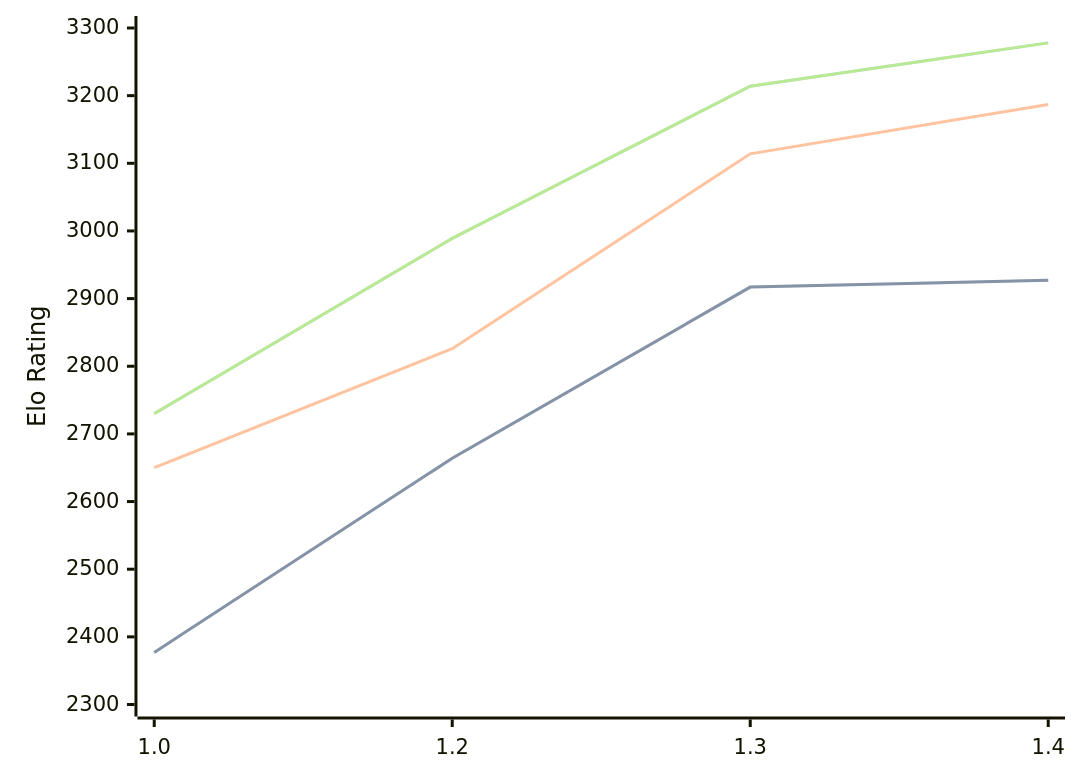
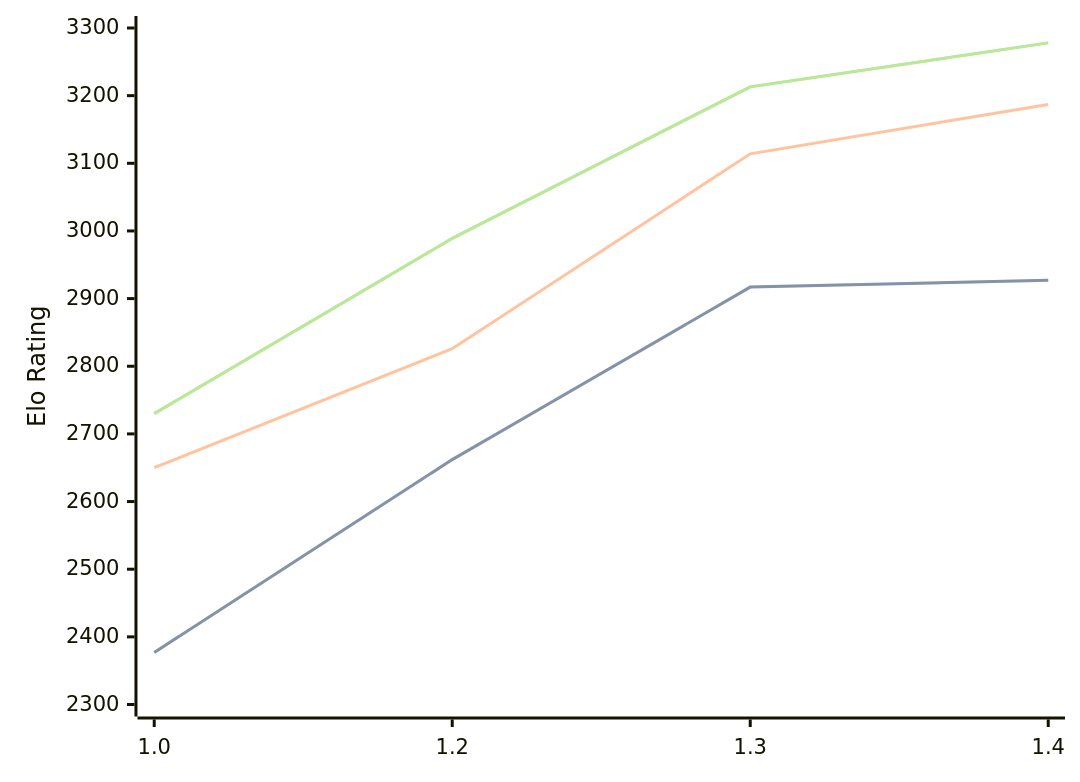
Before and after one commit to computer-chess-index/cci: the diagram in engines/Chessnix.md, drawn with Mermaid. The commit also changed other lines of this file, not shown here.

Commit message:
Update CCI Ratings (ELO VLTC) - 2026-05-07

````diff
--- a/engines/Chessnix.md
+++ b/engines/Chessnix.md
@@ -36,11 +36,11 @@
 ```mermaid
 %%{init: {"theme":"base","themeVariables":{"seriesColors:['#a3a3a3','#222221','#faa371']}}}%%
 xychart-beta
   x-axis ["1.0", "1.2", "1.3", "1.4"]
   y-axis "Elo Rating" 2300 --> 3300
-  line "STC (8.0+0.08s)" [2377, 2664, 2917, 2927]
-  line "STC (8.0+0.08s)" [2377, 2664, 2917, 2927]
+  line "STC (8.0+0.08s)" [2377, 2662, 2917, 2927]
+  line "STC (8.0+0.08s)" [2377, 2662, 2917, 2927]
   line "LTC (60.0+0.60s)" [2650, 2826, 3114, 3187]
-  line "VLTC (2m24s+1.12s)" [2730, 2989, 3214, 3278]
-  line "VLTC (2m24s+1.12s)" [2730, 2989, 3214, 3278]
+  line "VLTC (2m24s+1.12s)" [2730, 2989, 3213, 3278]
+  line "VLTC (2m24s+1.12s)" [2730, 2989, 3213, 3278]
 ```
````
